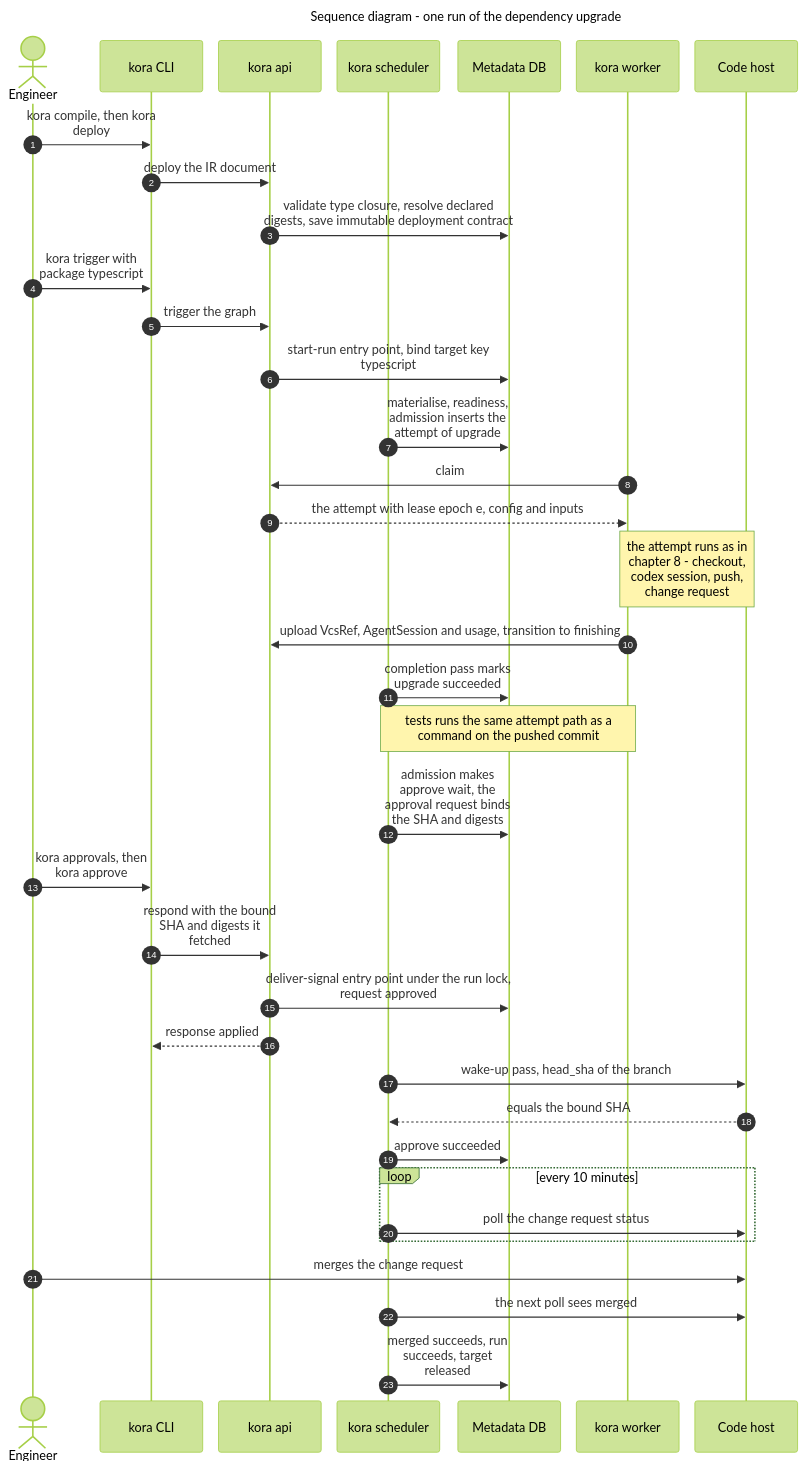
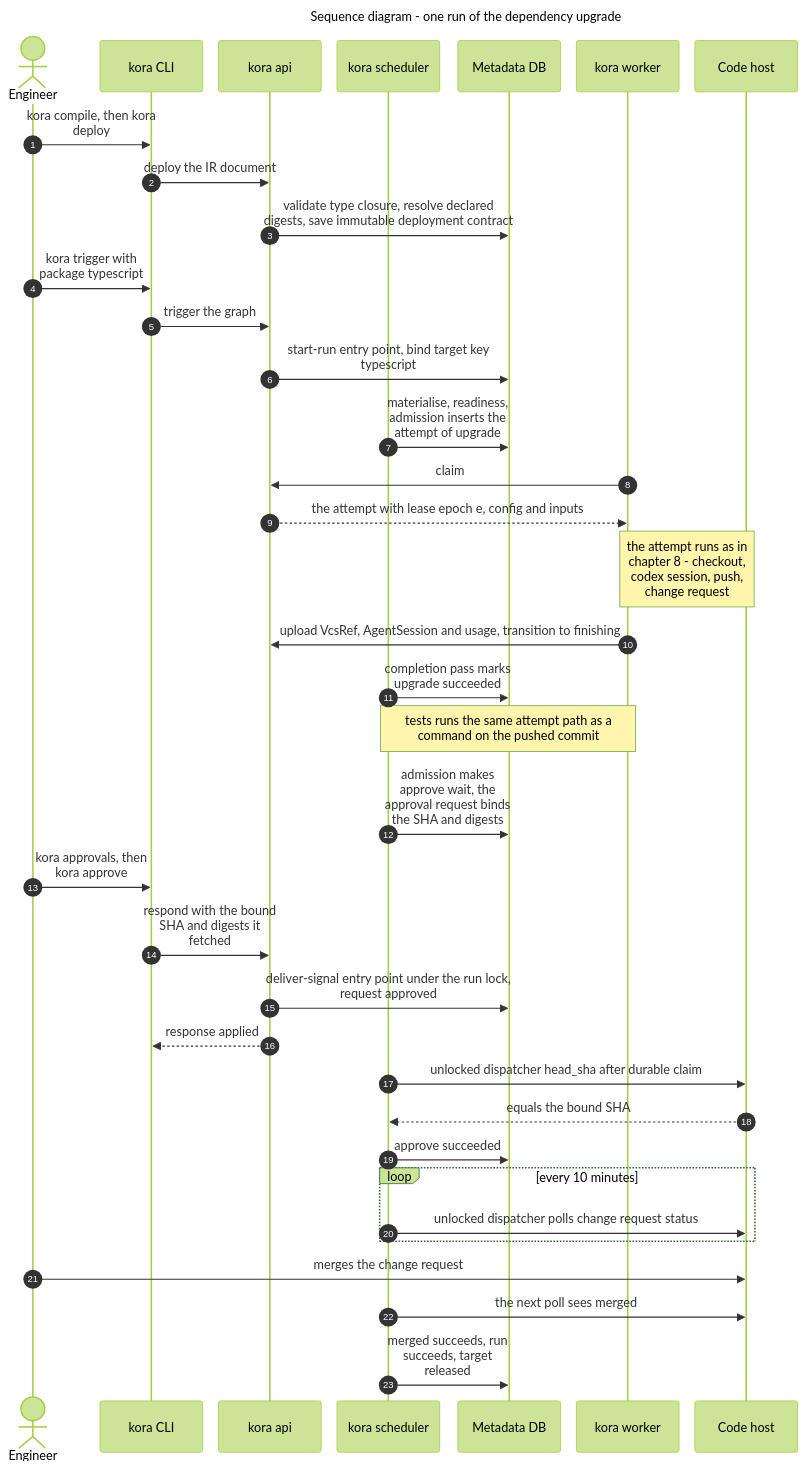
Before and after one commit to klukashka/kora: the ninth of 24 diagrams in knowledge/architecture/internals.md, drawn with Mermaid (forest theme). The commit also changed other lines of this file and 16 other files, not shown here.

````diff
--- a/knowledge/architecture/internals.md
+++ b/knowledge/architecture/internals.md
@@ -543,49 +543,49 @@
 ```mermaid
 ---
 title: Sequence diagram - one run of the dependency upgrade
 config:
   sequence:
     wrap: true
     width: 130
     actorMargin: 20
     messageMargin: 30
 ---
 sequenceDiagram
   accTitle: One run of the dependency upgrade, end to end
   accDescr: The engineer compiles and deploys through the CLI, and kora api validates and stores the graph version. A trigger starts a run with the target key bound. The scheduler admits the upgrade node, a worker claims the attempt, runs it and uploads the results, and the completion pass marks the node succeeded. The tests node runs the same way. Admission makes the approval node wait with a request bound to the commit and the test digests. The engineer lists the request and approves it through the CLI; the API applies the response under the run lock. The scheduler checks the head again and completes the approval node, polls the change request until a person has merged it, and the run succeeds and releases its target.
   autonumber
   actor E as Engineer
   participant CLI as kora CLI
   participant A as kora api
   participant S as kora scheduler
   participant D as Metadata DB
   participant W as kora worker
   participant C as Code host
   E->>CLI: kora compile, then kora deploy
   CLI->>A: deploy the IR document
   A->>D: validate type closure, resolve declared digests, save immutable deployment contract
   E->>CLI: kora trigger with package typescript
   CLI->>A: trigger the graph
   A->>D: start-run entry point, bind target key typescript
   S->>D: materialise, readiness, admission inserts the attempt of upgrade
   W->>A: claim
   A-->>W: the attempt with lease epoch e, config and inputs
   Note over W,C: the attempt runs as in chapter 8 - checkout, codex session, push, change request
   W->>A: upload VcsRef, AgentSession and usage, transition to finishing
   S->>D: completion pass marks upgrade succeeded
   Note over S,W: tests runs the same attempt path as a command on the pushed commit
   S->>D: admission makes approve wait, the approval request binds the SHA and digests
   E->>CLI: kora approvals, then kora approve
   CLI->>A: respond with the bound SHA and digests it fetched
   A->>D: deliver-signal entry point under the run lock, request approved
   A-->>CLI: response applied
-  S->>C: wake-up pass, head_sha of the branch
+  S->>C: unlocked dispatcher head_sha after durable claim
   C-->>S: equals the bound SHA
   S->>D: approve succeeded
   loop every 10 minutes
-    S->>C: poll the change request status
+    S->>C: unlocked dispatcher polls change request status
   end
   E->>C: merges the change request
   S->>C: the next poll sees merged
   S->>D: merged succeeds, run succeeds, target released
 ```
````
